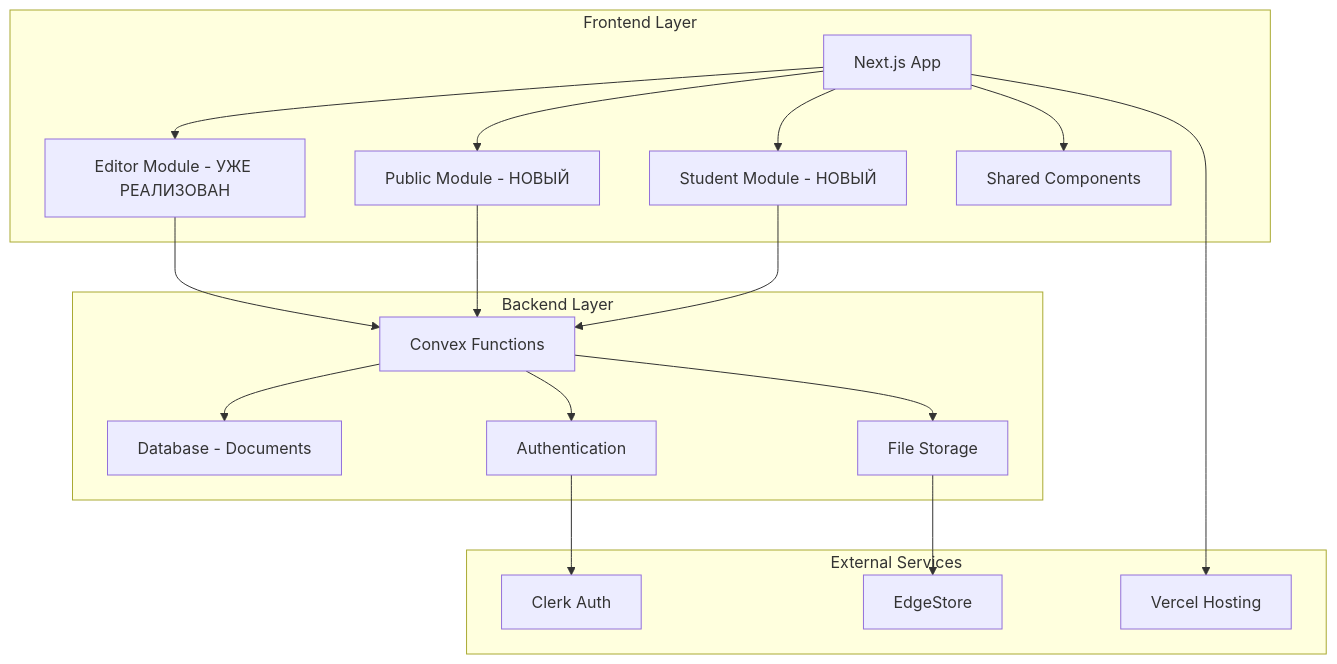
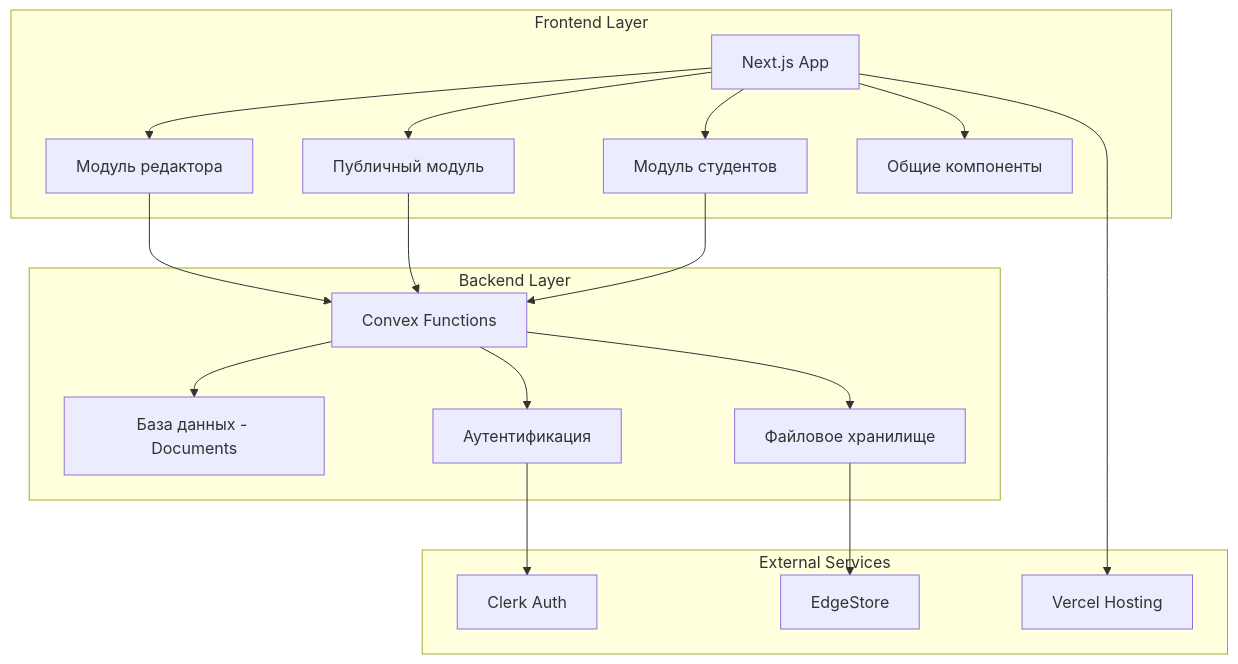
One commit to a1x02/BiGOR_2.0 changed the first of 11 diagrams in ARCHITECTURE_DIAGRAM.md. Above: the diagram before and after it, drawn with Mermaid. The commit also changed other lines of this file, not shown here.

````diff
--- a/ARCHITECTURE_DIAGRAM.md
+++ b/ARCHITECTURE_DIAGRAM.md
@@ -5,28 +5,28 @@
 ```mermaid
 graph TB
     subgraph "Frontend Layer"
-        A[Next.js App] --> B[Editor Module - УЖЕ РЕАЛИЗОВАН]
-        A --> C[Public Module - НОВЫЙ]
-        A --> D[Student Module - НОВЫЙ]
-        A --> E[Shared Components]
+        A[Next.js App] --> B[Модуль редактора]
+        A --> C[Публичный модуль]
+        A --> D[Модуль студентов]
+        A --> E[Общие компоненты]
     end
 
     subgraph "Backend Layer"
-        F[Convex Functions] --> G[Database - Documents]
-        F --> H[File Storage]
-        F --> I[Authentication]
+        F[Convex Functions] --> G[База данных - Documents]
+        F --> H[Файловое хранилище]
+        F --> I[Аутентификация]
     end
 
     subgraph "External Services"
         J[Clerk Auth]
         K[EdgeStore]
         L[Vercel Hosting]
     end
 
     B --> F
     C --> F
     D --> F
     I --> J
     H --> K
     A --> L
 ```
````
